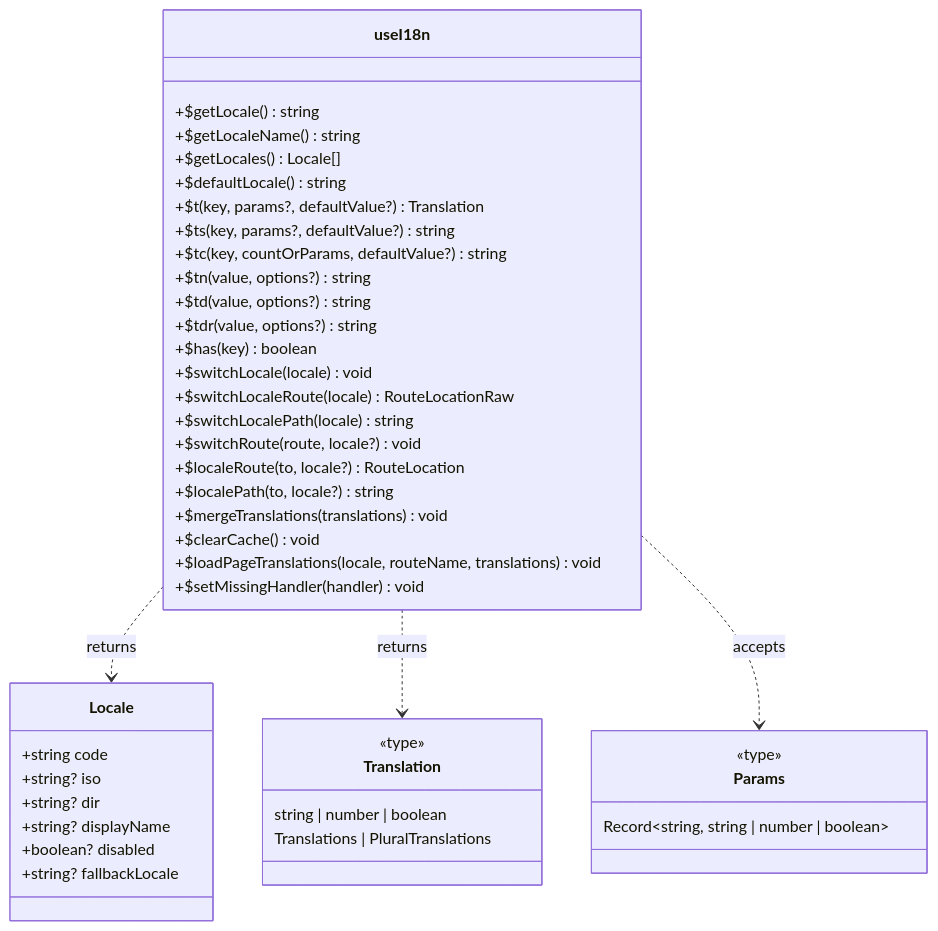
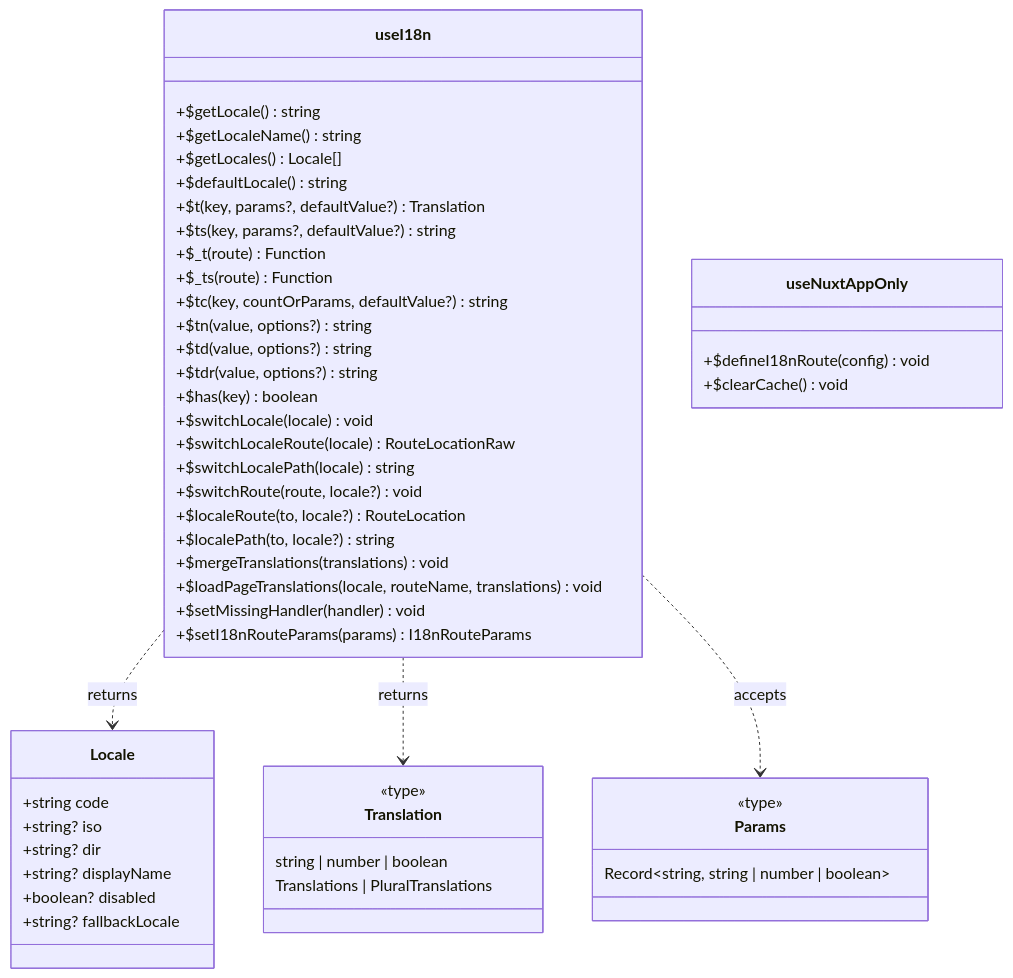
The diagram in docs/api/methods.md (s00d/nuxt-i18n-micro), drawn with Mermaid before and after one commit. The commit also changed other lines of this file and 21 other files, not shown here.

````diff
--- a/docs/api/methods.md
+++ b/docs/api/methods.md
@@ -13,50 +13,57 @@
 ```mermaid
 classDiagram
     class useI18n {
         +$getLocale() string
         +$getLocaleName() string
         +$getLocales() Locale[]
         +$defaultLocale() string
         +$t(key, params?, defaultValue?) Translation
         +$ts(key, params?, defaultValue?) string
+        +$_t(route) Function
+        +$_ts(route) Function
         +$tc(key, countOrParams, defaultValue?) string
         +$tn(value, options?) string
         +$td(value, options?) string
         +$tdr(value, options?) string
         +$has(key) boolean
         +$switchLocale(locale) void
         +$switchLocaleRoute(locale) RouteLocationRaw
         +$switchLocalePath(locale) string
         +$switchRoute(route, locale?) void
         +$localeRoute(to, locale?) RouteLocation
         +$localePath(to, locale?) string
         +$mergeTranslations(translations) void
-        +$clearCache() void
         +$loadPageTranslations(locale, routeName, translations) void
         +$setMissingHandler(handler) void
+        +$setI18nRouteParams(params) I18nRouteParams
+    }
+
+    class useNuxtAppOnly {
+        +$defineI18nRoute(config) void
+        +$clearCache() void
     }
     
     class Locale {
         +string code
         +string? iso
         +string? dir
         +string? displayName
         +boolean? disabled
         +string? fallbackLocale
     }
     
     class Translation {
         <<type>>
         string | number | boolean
         Translations | PluralTranslations
     }
     
     class Params {
         <<type>>
         Record~string, string | number | boolean~
     }
     
     useI18n ..> Locale : returns
     useI18n ..> Translation : returns
     useI18n ..> Params : accepts
 ```
````
